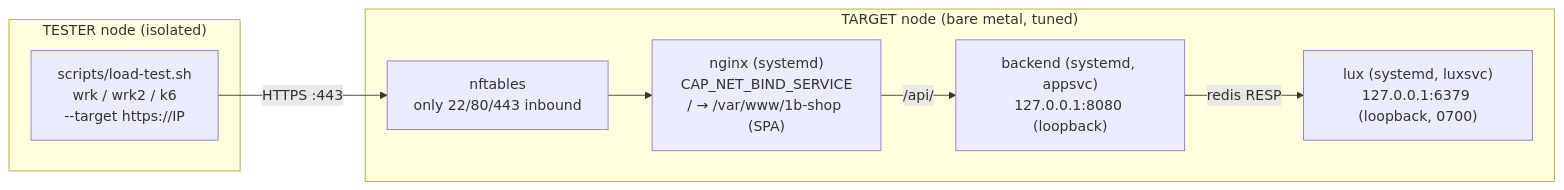
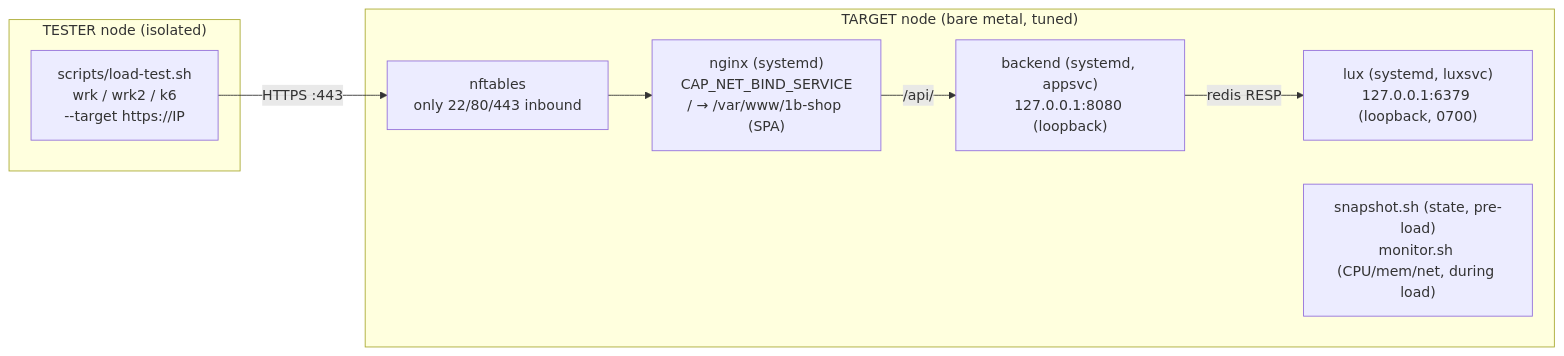
Before and after one commit to alvarotolentino/nginx-at-scale: the diagram in README.md, drawn with Mermaid. The commit also changed other lines of this file, not shown here.

````diff
--- a/README.md
+++ b/README.md
@@ -18,16 +18,17 @@
 ```mermaid
 flowchart LR
     subgraph tester["TESTER node (isolated)"]
         lt["scripts/load-test.sh<br/>wrk / wrk2 / k6<br/>--target https://IP"]
     end
     subgraph target["TARGET node (bare metal, tuned)"]
         fw["nftables<br/>only 22/80/443 inbound"]
         nginx["nginx (systemd)<br/>CAP_NET_BIND_SERVICE<br/>/ → /var/www/1b-shop (SPA)"]
         backend["backend (systemd, appsvc)<br/>127.0.0.1:8080 (loopback)"]
         lux["lux (systemd, luxsvc)<br/>127.0.0.1:6379 (loopback, 0700)"]
+        mon["snapshot.sh (state, pre-load)<br/>monitor.sh (CPU/mem/net, during load)"]
     end
     lt -->|"HTTPS :443"| fw
     fw --> nginx
     nginx -->|"/api/"| backend
     backend -->|"redis RESP"| lux
 ```
````
